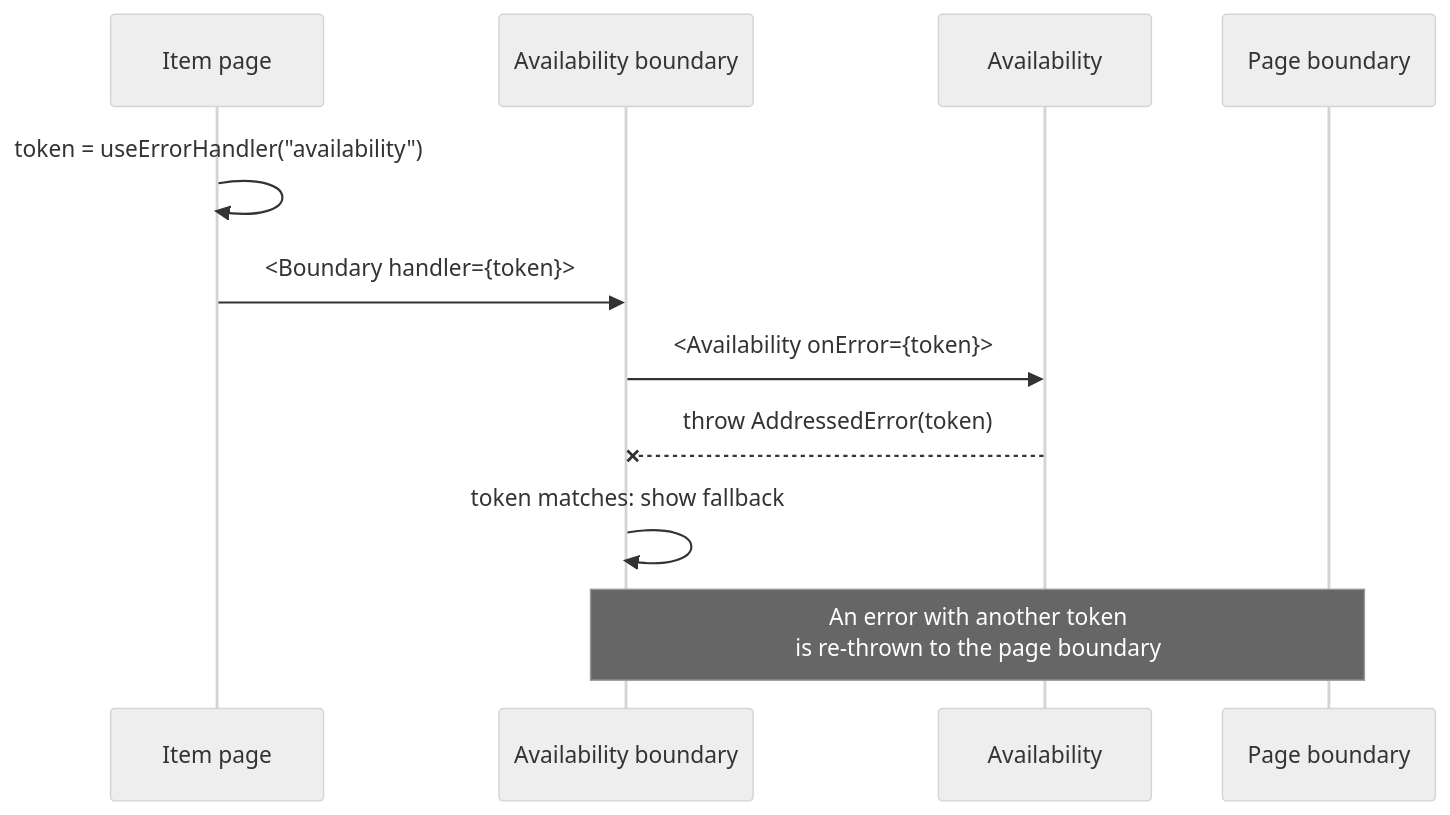
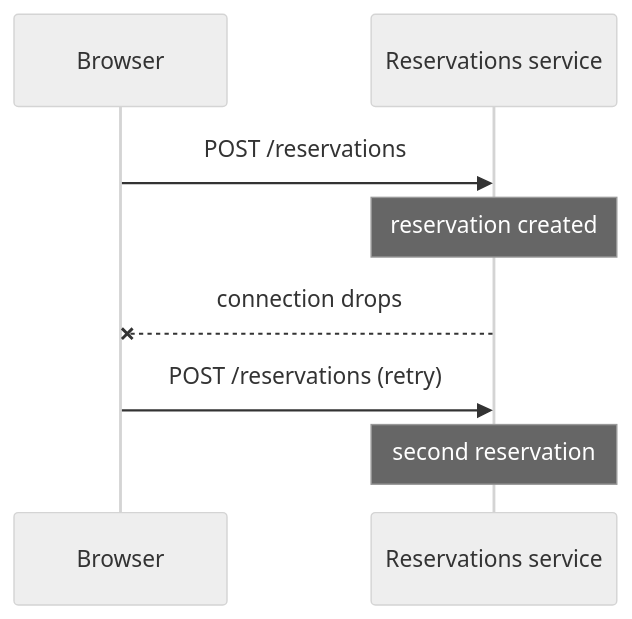
The third of 4 diagrams in topics/partial-failures/README.md (christiansany/cas-fee-26-frontend-challenges), drawn with Mermaid (neutral theme) before and after one commit. The commit also changed other lines of this file and 8 other files, not shown here.

````diff
--- a/topics/partial-failures/README.md
+++ b/topics/partial-failures/README.md
@@ -144,14 +306,10 @@
 ```mermaid
 sequenceDiagram
-  participant P as Item page
-  participant B as Availability boundary
-  participant C as Availability
-  participant R as Page boundary
-
-  P->>P: token = useErrorHandler("availability")
-  P->>B: <Boundary handler={token}>
-  B->>C: <Availability onError={token}>
-  C--xB: throw AddressedError(token)
-  B->>B: token matches: show fallback
-  Note over B,R: An error with another token<br/>is re-thrown to the page boundary
+  participant B as Browser
+  participant R as Reservations service
+  B->>R: POST /reservations
+  Note over R: reservation created
+  R--xB: connection drops
+  B->>R: POST /reservations (retry)
+  Note over R: second reservation
 ```
````
